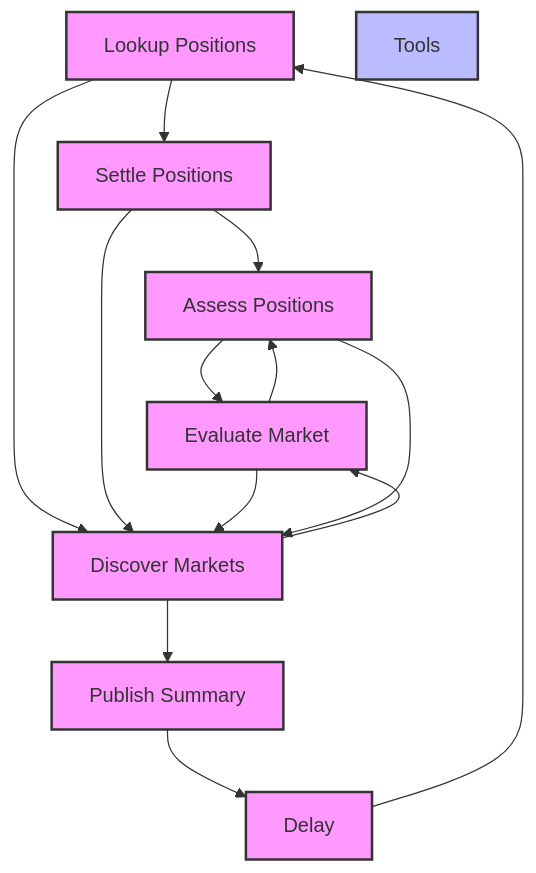
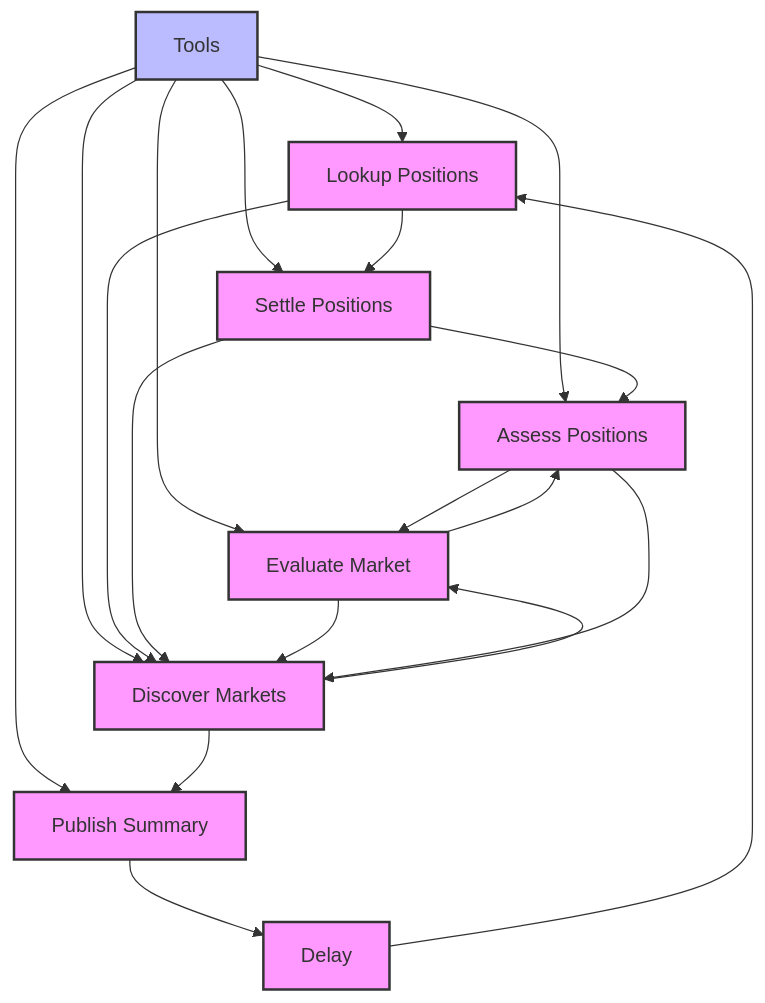
Before and after one commit to sapiencexyz/sapience: the diagram in packages/agent/docs/graph.md, drawn with Mermaid. The commit also changed 6 other files, not shown here.

````diff
--- a/packages/agent/docs/graph.md
+++ b/packages/agent/docs/graph.md
@@ -3,27 +3,33 @@
 ```mermaid
 graph TD;
   lookup[Lookup Positions]:::node;
   settle_positions[Settle Positions]:::node;
   assess_positions[Assess Positions]:::node;
   discover_markets[Discover Markets]:::node;
   evaluate_market[Evaluate Market]:::node;
   publish_summary[Publish Summary]:::node;
   delay[Delay]:::node;
   tools[Tools]:::tool;
+  tools --> lookup;
+  tools --> settle_positions;
+  tools --> assess_positions;
+  tools --> discover_markets;
+  tools --> evaluate_market;
+  tools --> publish_summary;
   lookup --> settle_positions;
   lookup --> discover_markets;
   settle_positions --> assess_positions;
   settle_positions --> discover_markets;
   assess_positions --> evaluate_market;
   evaluate_market --> assess_positions;
   discover_markets --> evaluate_market;
   evaluate_market --> discover_markets;
   assess_positions --> discover_markets;
   discover_markets --> publish_summary;
   publish_summary --> delay;
   delay --> lookup;
 
 classDef node fill:#f9f,stroke:#333,stroke-width:2px;
 classDef tool fill:#bbf,stroke:#333,stroke-width:2px;
 
 ```
````
